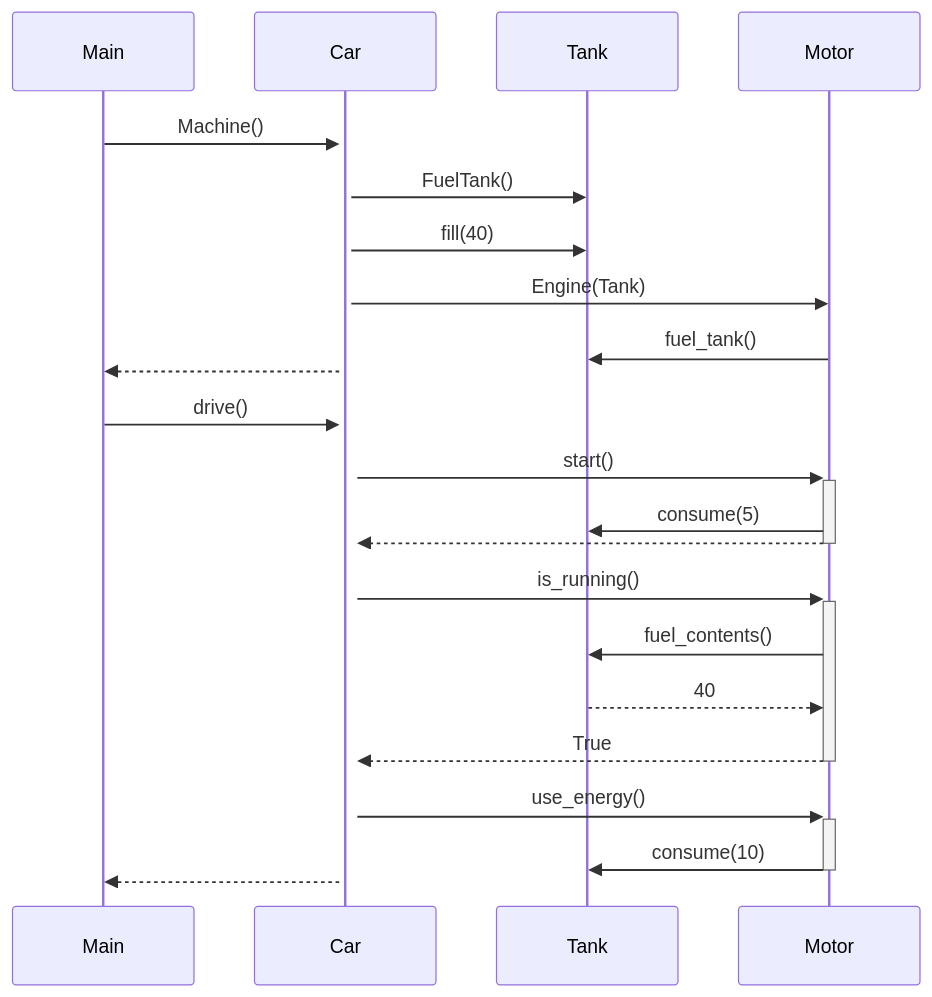
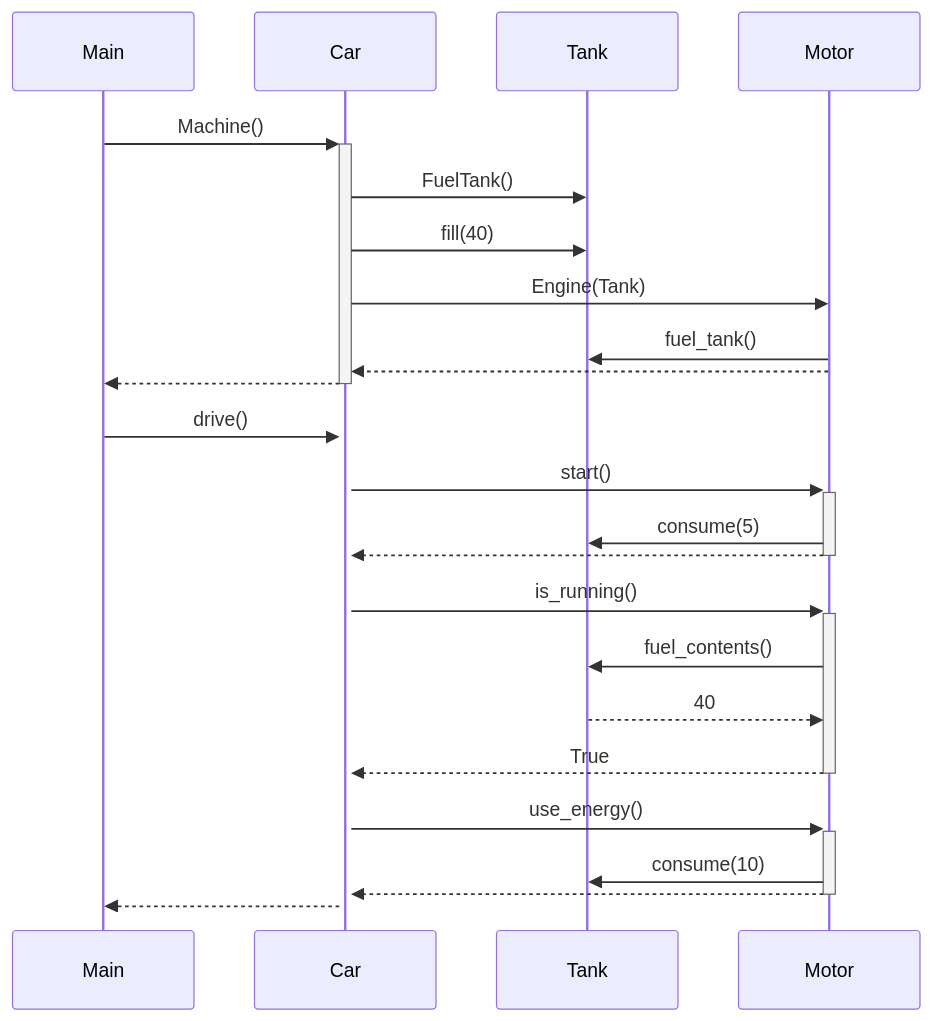
Before and after one commit to codePercidae/ot-harjoitustyo: the diagram in laskarit/viikko3/sequence.md, drawn with Mermaid.

Commit message:
Correct sequence.md

````diff
--- a/laskarit/viikko3/sequence.md
+++ b/laskarit/viikko3/sequence.md
@@ -1,20 +1,24 @@
-```Mermaid
-    sequenceDiagram
-    	Main->>+Car: Machine()
-   	 Car->>Tank: FuelTank()
-   	 Car->>Tank: fill(40)
-   	 Car->>Motor: Engine(Tank)
-   	 Motor->>Tank: fuel_tank()
-   	 Car-->>Main: 
-   	 Main->>+Car: drive()
-   	 Car->>+Motor: start()
-   	 Motor->>Tank: consume(5)
-   	 Motor-->>-Car: 
-   	 Car->>+Motor: is_running()
-   	 Motor->>Tank: fuel_contents()
-   	 Tank-->>Motor: 40
-   	 Motor-->>-Car: True
-   	 Car->>+Motor: use_energy()
-   	 Motor->>-Tank: consume(10)
-   	 Car-->>Main: 
+```mermaid
+
+sequenceDiagram  
+
+    Main->>+Car: Machine()
+    Car->>Tank: FuelTank()
+    Car->>Tank: fill(40)
+    Car->>Motor: Engine(Tank)
+    Motor->>Tank: fuel_tank()
+    Motor-->>Car: 
+    Car-->>-Main: 
+    Main->>+Car: drive()
+    Car->>+Motor: start()
+    Motor->>Tank: consume(5)
+    Motor-->>-Car: 
+    Car->>+Motor: is_running()
+    Motor->>Tank: fuel_contents()
+    Tank-->>Motor: 40
+    Motor-->>-Car: True
+    Car->>+Motor: use_energy()
+    Motor->>Tank: consume(10)
+    Motor-->>-Car: 
+    Car-->>Main: 
 ```    
````
